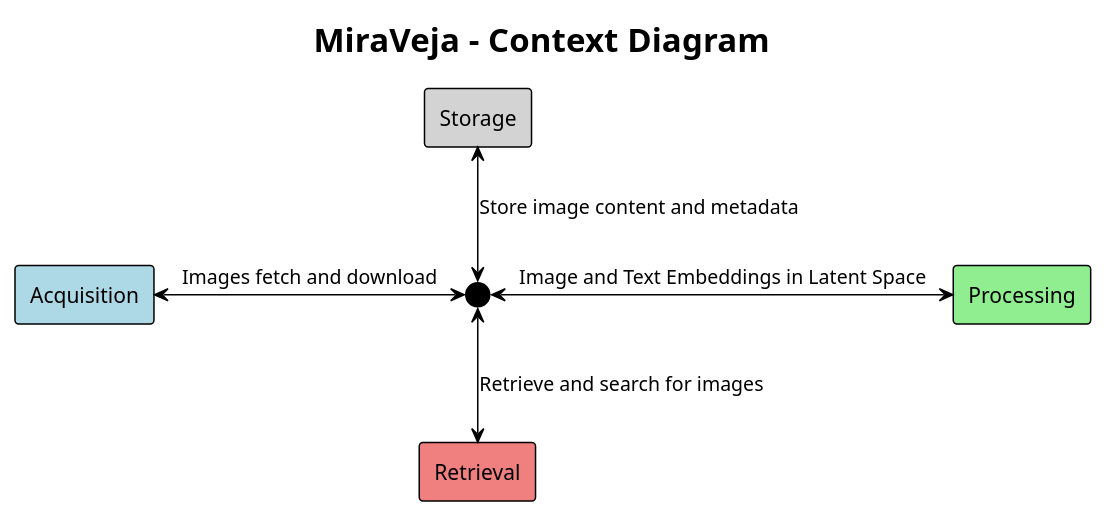
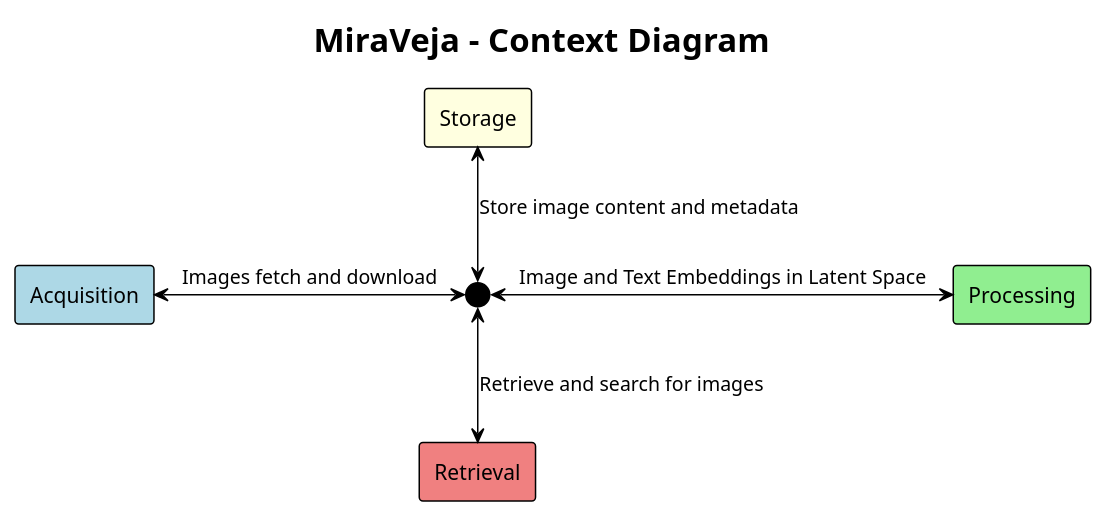
One commit to JomarJunior/miraveja changed the diagram in docs/context-diagram.puml. Above: the diagram before and after it, drawn with PlantUML. The commit also changed 1 other file, not shown here.

Commit message:
Add components diagram for MiraVeja project and update storage color in context diagram

```diff
--- a/docs/context-diagram.puml
+++ b/docs/context-diagram.puml
@@ -1,18 +1,18 @@
 @startuml "MiraVeja - Context Diagram"
 !theme plain
 
 title MiraVeja - Context Diagram
 
 ' Contexts declaration
 rectangle "Acquisition" as acquisition #lightblue
 rectangle "Processing" as processing #lightgreen
 rectangle "Retrieval" as retrieval #lightcoral
-rectangle "Storage" as storage #lightgray
+rectangle "Storage" as storage #LightYellow
 circle " " as miraveja #Black
 
 miraveja <-l-> acquisition : "Images fetch and download"
 miraveja <-r-> processing : "Image and Text Embeddings in Latent Space"
 miraveja <-d-> retrieval : "Retrieve and search for images"
 miraveja <-u-> storage : "Store image content and metadata"
 
 @enduml
```
